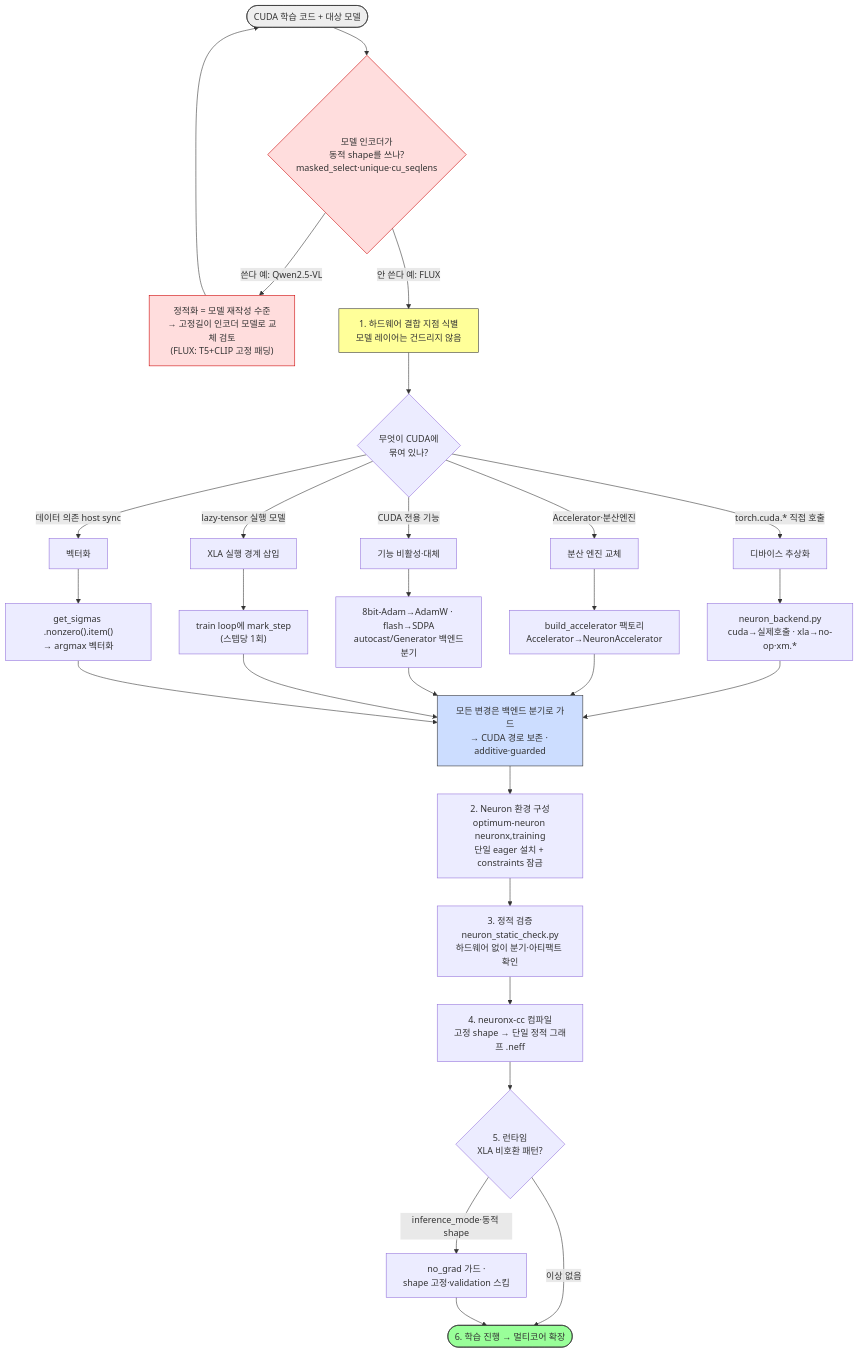
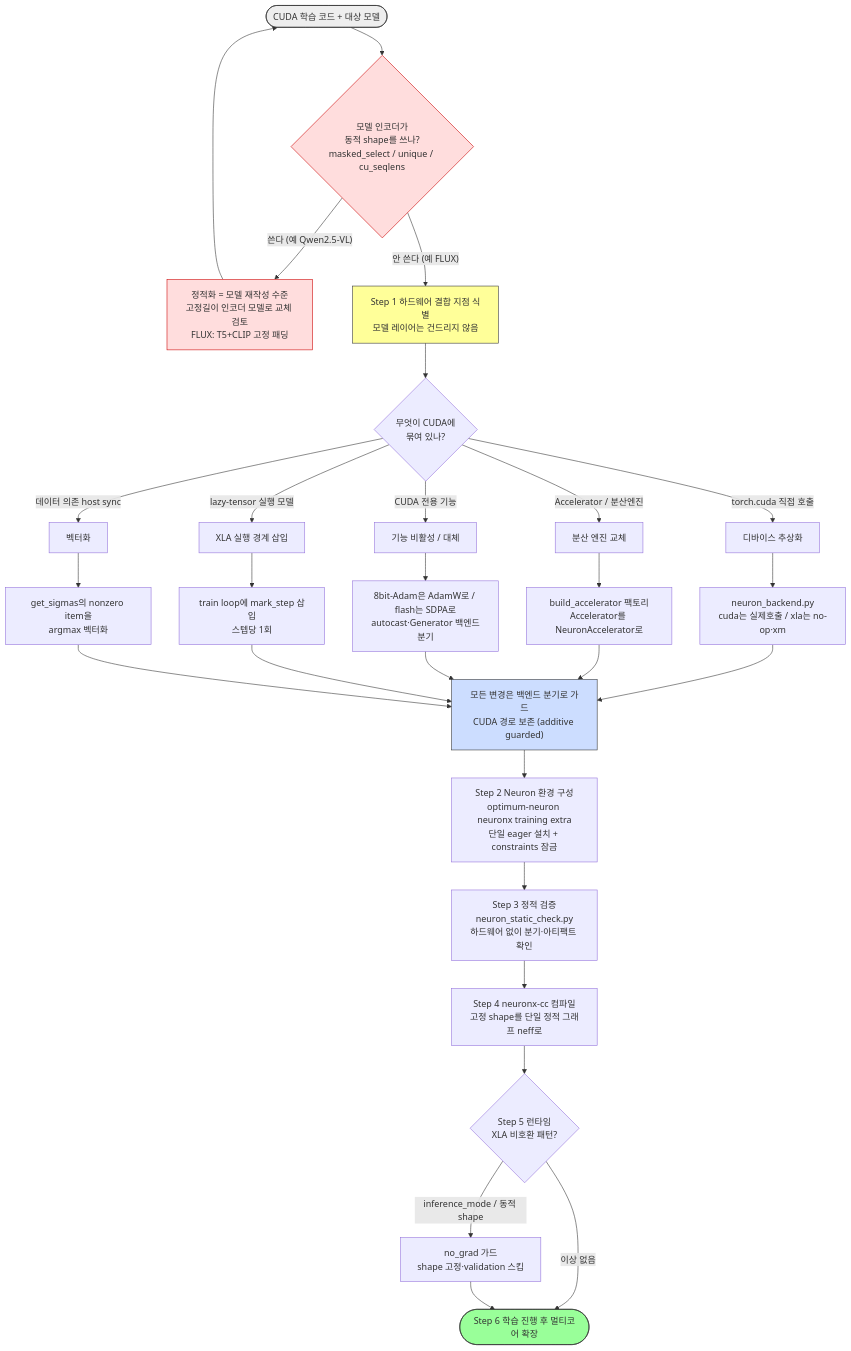
The diagram in QUICKSTART.md (binchoo/flux-kontext-dev-on-trainium), drawn with Mermaid before and after one commit.

Commit message:
Fix mermaid 'Unsupported markdown: list' error in QuickStart
Node labels starting with 'N. ' were parsed as markdown ordered lists. Renamed
to 'Step N', quoted all node/edge labels, and replaced parser-hostile chars
(·, →, *, :, .item/.neff dots) with safe text. Verified by rendering with
@mermaid-js/mermaid-cli (clean parse, SVG generated).

````diff
--- a/QUICKSTART.md
+++ b/QUICKSTART.md
@@ -174,47 +174,47 @@
 ```mermaid
 flowchart TD
-    Start([CUDA 학습 코드 + 대상 모델]) --> Triage{모델 인코더가<br/>동적 shape를 쓰나?<br/>masked_select·unique·cu_seqlens}
+    Start(["CUDA 학습 코드 + 대상 모델"]) --> Triage{"모델 인코더가<br/>동적 shape를 쓰나?<br/>masked_select / unique / cu_seqlens"}
 
-    Triage -->|쓴다 예: Qwen2.5-VL| Reject["정적화 = 모델 재작성 수준<br/>→ 고정길이 인코더 모델로 교체 검토<br/>(FLUX: T5+CLIP 고정 패딩)"]
+    Triage -->|"쓴다 (예 Qwen2.5-VL)"| Reject["정적화 = 모델 재작성 수준<br/>고정길이 인코더 모델로 교체 검토<br/>FLUX: T5+CLIP 고정 패딩"]
     Reject --> Start
-    Triage -->|안 쓴다 예: FLUX| Analyze[1. 하드웨어 결합 지점 식별<br/>모델 레이어는 건드리지 않음]
+    Triage -->|"안 쓴다 (예 FLUX)"| Analyze["Step 1 하드웨어 결합 지점 식별<br/>모델 레이어는 건드리지 않음"]
 
-    Analyze --> Scan{무엇이 CUDA에<br/>묶여 있나?}
-    Scan -->|torch.cuda.* 직접 호출| D1[디바이스 추상화]
-    Scan -->|Accelerator·분산엔진| D2[분산 엔진 교체]
-    Scan -->|CUDA 전용 기능| D3[기능 비활성·대체]
-    Scan -->|lazy-tensor 실행 모델| D4[XLA 실행 경계 삽입]
-    Scan -->|데이터 의존 host sync| D5[벡터화]
+    Analyze --> Scan{"무엇이 CUDA에<br/>묶여 있나?"}
+    Scan -->|"torch.cuda 직접 호출"| D1["디바이스 추상화"]
+    Scan -->|"Accelerator / 분산엔진"| D2["분산 엔진 교체"]
+    Scan -->|"CUDA 전용 기능"| D3["기능 비활성 / 대체"]
+    Scan -->|"lazy-tensor 실행 모델"| D4["XLA 실행 경계 삽입"]
+    Scan -->|"데이터 의존 host sync"| D5["벡터화"]
 
-    D1 --> B1["neuron_backend.py<br/>cuda→실제호출 · xla→no-op·xm.*"]
-    D2 --> B2["build_accelerator 팩토리<br/>Accelerator→NeuronAccelerator"]
-    D3 --> B3["8bit-Adam→AdamW · flash→SDPA<br/>autocast/Generator 백엔드분기"]
-    D4 --> B4["train loop에 mark_step<br/>(스텝당 1회)"]
-    D5 --> B5["get_sigmas .nonzero().item()<br/>→ argmax 벡터화"]
+    D1 --> B1["neuron_backend.py<br/>cuda는 실제호출 / xla는 no-op·xm"]
+    D2 --> B2["build_accelerator 팩토리<br/>Accelerator를 NeuronAccelerator로"]
+    D3 --> B3["8bit-Adam은 AdamW로 / flash는 SDPA로<br/>autocast·Generator 백엔드분기"]
+    D4 --> B4["train loop에 mark_step 삽입<br/>스텝당 1회"]
+    D5 --> B5["get_sigmas의 nonzero item을<br/>argmax 벡터화"]
 
     B1 --> Guard
     B2 --> Guard
     B3 --> Guard
     B4 --> Guard
     B5 --> Guard
-    Guard[모든 변경은 백엔드 분기로 가드<br/>→ CUDA 경로 보존 · additive·guarded]
+    Guard["모든 변경은 백엔드 분기로 가드<br/>CUDA 경로 보존 (additive guarded)"]
 
-    Guard --> Env[2. Neuron 환경 구성<br/>optimum-neuron neuronx,training<br/>단일 eager 설치 + constraints 잠금]
+    Guard --> Env["Step 2 Neuron 환경 구성<br/>optimum-neuron neuronx training extra<br/>단일 eager 설치 + constraints 잠금"]
 
-    Env --> Static[3. 정적 검증<br/>neuron_static_check.py<br/>하드웨어 없이 분기·아티팩트 확인]
+    Env --> Static["Step 3 정적 검증<br/>neuron_static_check.py<br/>하드웨어 없이 분기·아티팩트 확인"]
 
-    Static --> Compile[4. neuronx-cc 컴파일<br/>고정 shape → 단일 정적 그래프 .neff]
+    Static --> Compile["Step 4 neuronx-cc 컴파일<br/>고정 shape를 단일 정적 그래프 neff로"]
 
-    Compile --> Runtime{5. 런타임<br/>XLA 비호환 패턴?}
-    Runtime -->|inference_mode·동적 shape| Fix[no_grad 가드 ·<br/>shape 고정·validation 스킵]
-    Runtime -->|이상 없음| Train
+    Compile --> Runtime{"Step 5 런타임<br/>XLA 비호환 패턴?"}
+    Runtime -->|"inference_mode / 동적 shape"| Fix["no_grad 가드<br/>shape 고정·validation 스킵"]
+    Runtime -->|"이상 없음"| Train
     Fix --> Train
-    Train([6. 학습 진행 → 멀티코어 확장])
+    Train(["Step 6 학습 진행 후 멀티코어 확장"])
 
-    style Start fill:#eee,stroke:#333
-    style Triage fill:#fdd,stroke:#c00
-    style Reject fill:#fdd,stroke:#c00
-    style Analyze fill:#ff9,stroke:#333
-    style Guard fill:#cdf,stroke:#333
-    style Train fill:#9f9,stroke:#333
+    style Start fill:#eeeeee,stroke:#333333
+    style Triage fill:#ffdddd,stroke:#cc0000
+    style Reject fill:#ffdddd,stroke:#cc0000
+    style Analyze fill:#ffff99,stroke:#333333
+    style Guard fill:#ccddff,stroke:#333333
+    style Train fill:#99ff99,stroke:#333333
 ```
````
